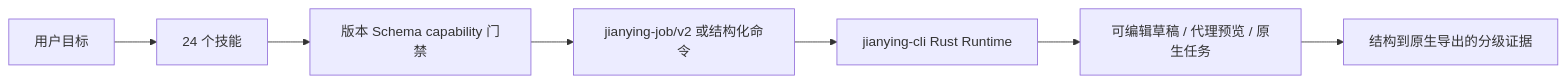
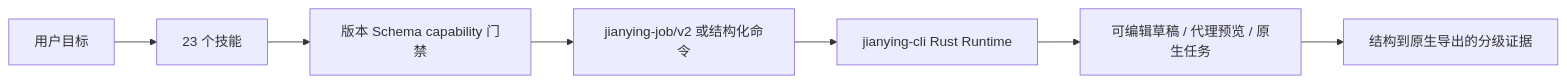
The diagram in README.zh-CN.md (full-aigc-skills/jianying-skills), drawn with Mermaid before and after one commit. The commit also changed other lines of this file and 18 other files, not shown here.

````diff
--- a/README.zh-CN.md
+++ b/README.zh-CN.md
@@ -19,9 +19,9 @@
 ```mermaid
 flowchart LR
-    U[用户目标] --> S[24 个技能]
+    U[用户目标] --> S[23 个技能]
     S --> G[版本 Schema capability 门禁]
     G --> J[jianying-job/v2 或结构化命令]
     J --> R[jianying-cli Rust Runtime]
     R --> D[可编辑草稿 / 代理预览 / 原生任务]
     D --> E[结构到原生导出的分级证据]
 ```
````
